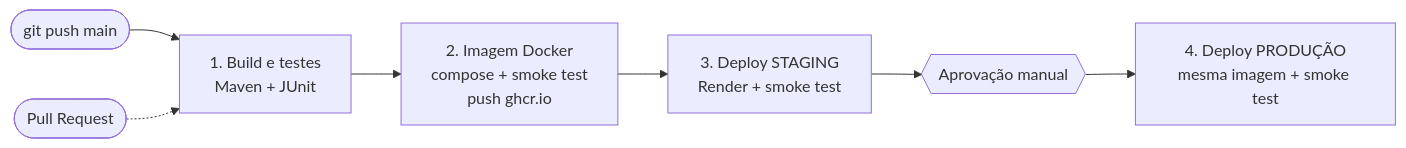
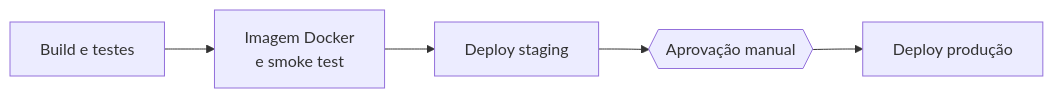
One commit to Kawdevlops/aguiaradar-backend changed the diagram in README.md. Above: the diagram before and after it, drawn with Mermaid. The commit also changed other lines of this file and 14 other files, not shown here.

````diff
--- a/README.md
+++ b/README.md
@@ -7,9 +107,7 @@
 ```mermaid
 flowchart LR
-    dev([git push main]) --> A[1. Build e testes<br/>Maven + JUnit]
-    A --> B[2. Imagem Docker<br/>compose + smoke test<br/>push ghcr.io]
-    B --> C[3. Deploy STAGING<br/>Render + smoke test]
+    A[Build e testes] --> B[Imagem Docker<br/>e smoke test]
+    B --> C[Deploy staging]
     C --> R{{Aprovação manual}}
-    R --> D[4. Deploy PRODUÇÃO<br/>mesma imagem + smoke test]
-    pr([Pull Request]) -.-> A
+    R --> D[Deploy produção]
 ```
````
